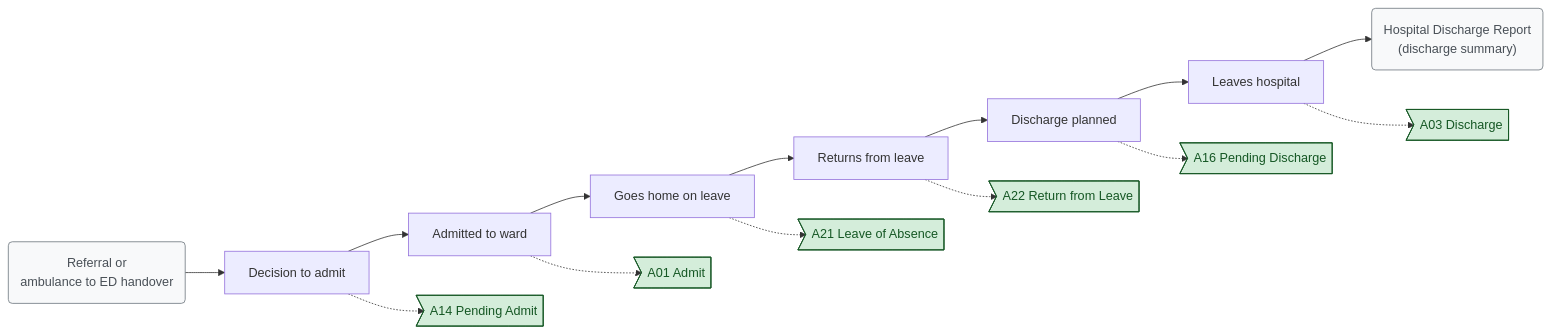
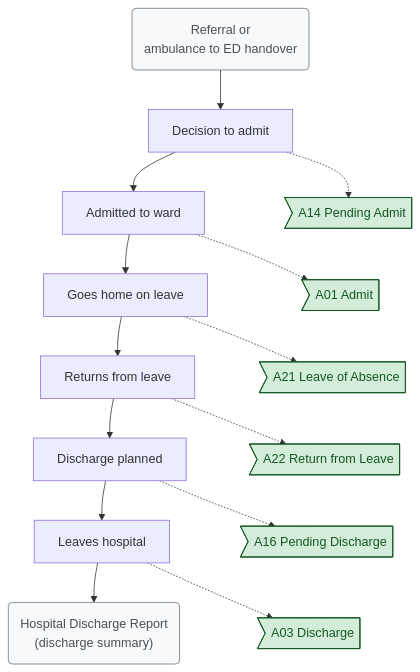
One commit to nw-gmsa/IHEUK-PAM-Unofficial changed the fourth of 12 diagrams in input/pagecontent/overview.md. Above: the diagram before and after it, drawn with Mermaid. The commit also changed other lines of this file, not shown here.

First line of the commit message:
Fix overview Mermaid rendering

````diff
--- a/input/pagecontent/overview.md
+++ b/input/pagecontent/overview.md
@@ -155,28 +155,29 @@
 ```mermaid
-flowchart LR
+flowchart TB
     REF("Referral or<br/>ambulance to ED handover")
     DTA["Decision to admit"]
     ADM["Admitted to ward"]
     LOA["Goes home on leave"]
     RET["Returns from leave"]
     PLAN["Discharge planned"]
     DIS["Leaves hospital"]
     HDR("Hospital Discharge Report<br/>(discharge summary)")
     REF --> DTA --> ADM --> LOA --> RET --> PLAN --> DIS --> HDR
     E14>"A14 Pending Admit"]
     E01>"A01 Admit"]
     E21>"A21 Leave of Absence"]
     E22>"A22 Return from Leave"]
     E16>"A16 Pending Discharge"]
     E03>"A03 Discharge"]
+    E14 ~~~ E01 ~~~ E21 ~~~ E22 ~~~ E16 ~~~ E03
     DTA -.-> E14
     ADM -.-> E01
     LOA -.-> E21
     RET -.-> E22
     PLAN -.-> E16
     DIS -.-> E03
     classDef context fill:#f8f9fa,stroke:#6c757d,color:#495057
     classDef inscope fill:#d4edda,stroke:#155724,color:#155724
     class REF,HDR context
     class E14,E01,E21,E22,E16,E03 inscope
 ```
````
